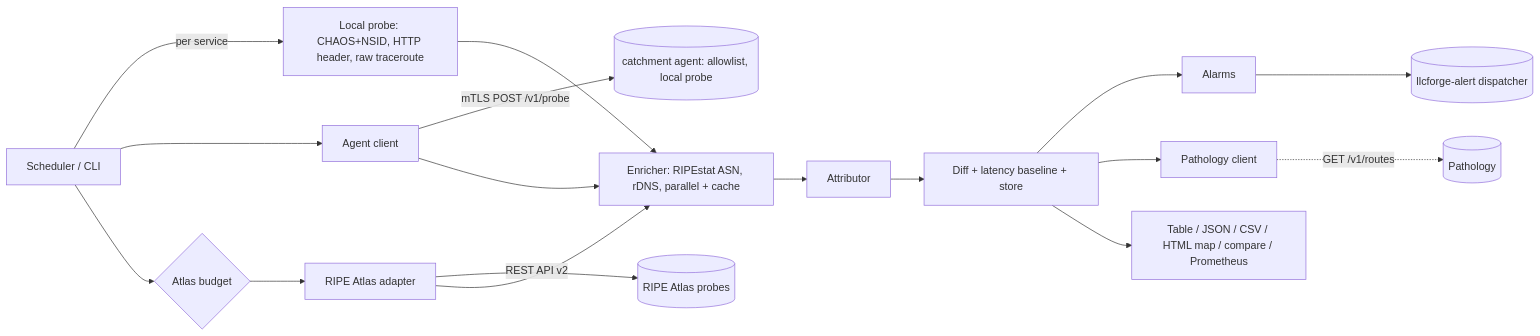
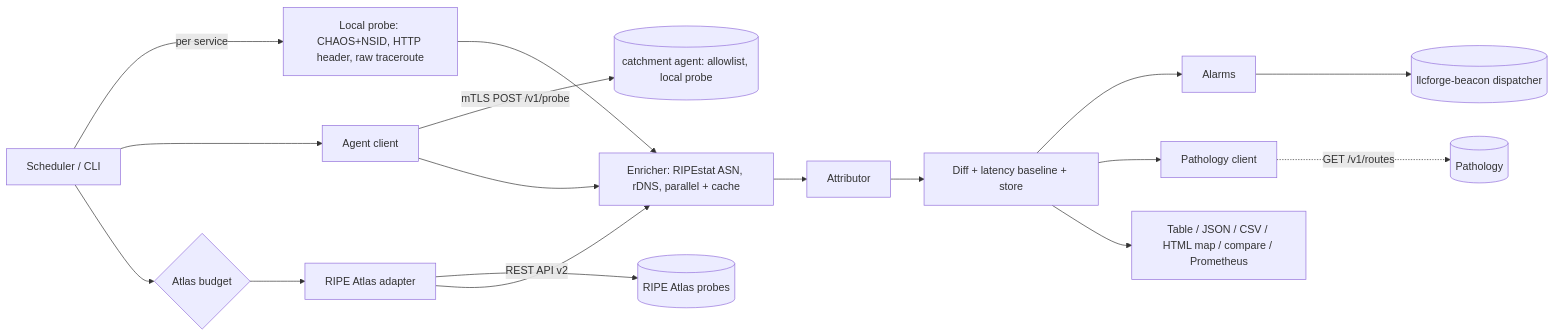
One commit to LLCForge/Catchment changed the diagram in ARCHITECTURE.md. Above: the diagram before and after it, drawn with Mermaid. The commit also changed other lines of this file and 49 other files, not shown here.

First line of the commit message:
refactor: rename shared kit to Beacon (llcforge-beacon)

````diff
--- a/ARCHITECTURE.md
+++ b/ARCHITECTURE.md
@@ -18,15 +18,15 @@
 ```mermaid
 flowchart LR
   S[Scheduler / CLI] -->|per service| L[Local probe: CHAOS+NSID, HTTP header, raw traceroute]
   S --> AG[Agent client] -- mTLS POST /v1/probe --> AGT[(catchment agent: allowlist, local probe)]
   S --> BG{Atlas budget} --> RA[RIPE Atlas adapter]
   RA -- REST API v2 --> ATLAS[(RIPE Atlas probes)]
   L --> EN[Enricher: RIPEstat ASN, rDNS, parallel + cache]
   AG --> EN
   RA --> EN
   EN --> AT[Attributor]
   AT --> DF[Diff + latency baseline + store]
-  DF --> AL[Alarms] --> D[(llcforge-alert dispatcher)]
+  DF --> AL[Alarms] --> D[(llcforge-beacon dispatcher)]
   DF --> P[Pathology client] -. GET /v1/routes .-> PA[(Pathology)]
   DF --> E[Table / JSON / CSV / HTML map / compare / Prometheus]
 ```
````
